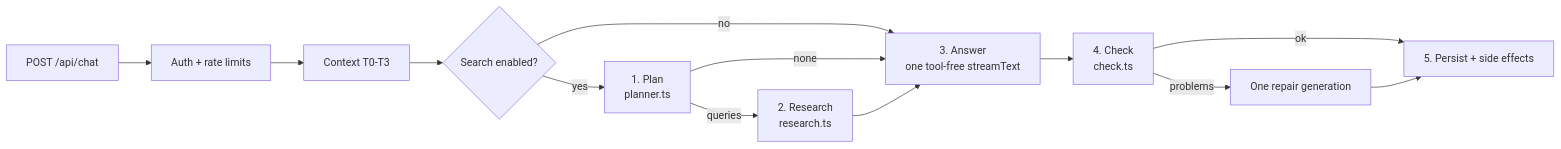
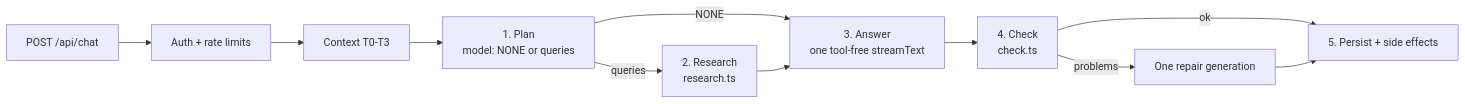
One commit to heysagnik/lyra changed the second of 5 diagrams in DESIGN.md. Above: the diagram before and after it, drawn with Mermaid. The commit also changed other lines of this file and 5 other files, not shown here.

````diff
--- a/DESIGN.md
+++ b/DESIGN.md
@@ -117,15 +117,13 @@
 ```mermaid
 flowchart LR
     A[POST /api/chat] --> B[Auth + rate limits]
     B --> C[Context T0-T3]
-    C --> D{Search enabled?}
-    D -- no --> G
-    D -- yes --> E["1. Plan<br/>planner.ts"]
+    C --> E["1. Plan<br/>model: NONE or queries"]
     E -- queries --> F["2. Research<br/>research.ts"]
-    E -- none --> G
+    E -- NONE --> G
     F --> G["3. Answer<br/>one tool-free streamText"]
     G --> H["4. Check<br/>check.ts"]
     H -- problems --> R[One repair generation]
     H -- ok --> P
     R --> P["5. Persist + side effects"]
 ```
````
